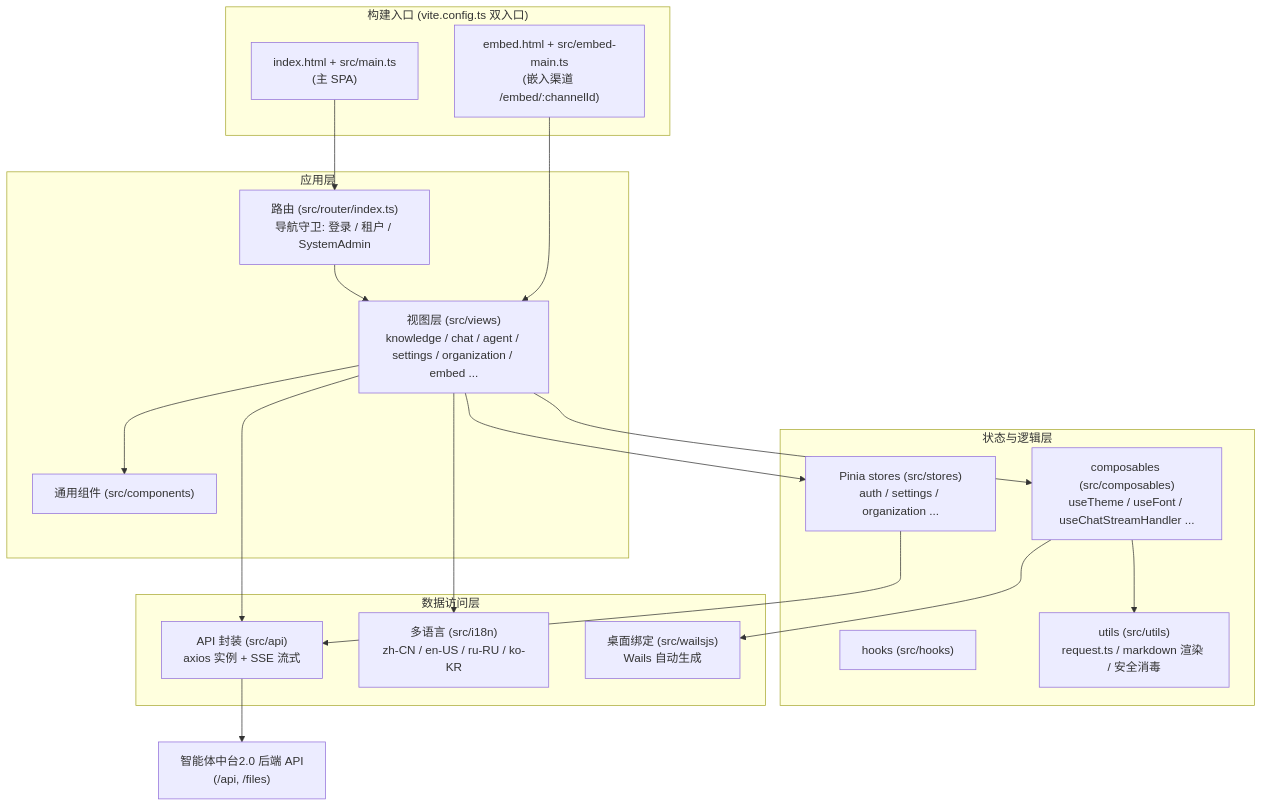
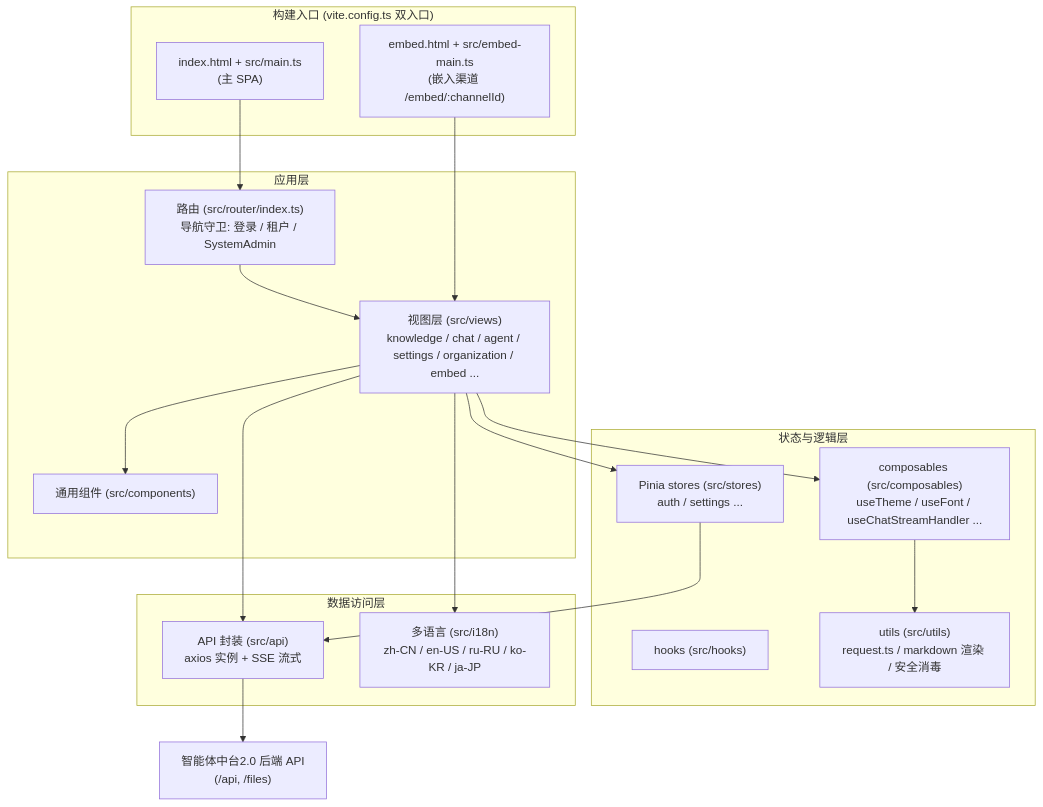
The diagram in apps/docs/05-clients/01-frontend.md (qinlei131479/WeKnora), drawn with Mermaid before and after one commit. The commit also changed other lines of this file and 66 other files, not shown here.

````diff
--- a/apps/docs/05-clients/01-frontend.md
+++ b/apps/docs/05-clients/01-frontend.md
@@ -38,40 +37,38 @@
 ```mermaid
 flowchart TB
     subgraph entries["构建入口 (vite.config.ts 双入口)"]
         MAIN["index.html + src/main.ts<br/>(主 SPA)"]
         EMBED["embed.html + src/embed-main.ts<br/>(嵌入渠道 /embed/:channelId)"]
     end
 
     subgraph app["应用层"]
         ROUTER["路由 (src/router/index.ts)<br/>导航守卫: 登录 / 租户 / SystemAdmin"]
         VIEWS["视图层 (src/views)<br/>knowledge / chat / agent / settings / organization / embed ..."]
         COMP["通用组件 (src/components)"]
     end
 
     subgraph state["状态与逻辑层"]
-        STORES["Pinia stores (src/stores)<br/>auth / settings / organization ..."]
+        STORES["Pinia stores (src/stores)<br/>auth / settings ..."]
         COMPOSABLES["composables (src/composables)<br/>useTheme / useFont / useChatStreamHandler ..."]
         HOOKS["hooks (src/hooks)"]
         UTILS["utils (src/utils)<br/>request.ts / markdown 渲染 / 安全消毒"]
     end
 
     subgraph io["数据访问层"]
         API["API 封装 (src/api)<br/>axios 实例 + SSE 流式"]
-        I18N["多语言 (src/i18n)<br/>zh-CN / en-US / ru-RU / ko-KR"]
-        WAILS["桌面绑定 (src/wailsjs)<br/>Wails 自动生成"]
+        I18N["多语言 (src/i18n)<br/>zh-CN / en-US / ru-RU / ko-KR / ja-JP"]
     end
 
     BACKEND["智能体中台2.0 后端 API<br/>(/api, /files)"]
 
     MAIN --> ROUTER --> VIEWS
     EMBED --> VIEWS
     VIEWS --> COMP
     VIEWS --> STORES
     VIEWS --> COMPOSABLES
     COMPOSABLES --> UTILS
     STORES --> API
     VIEWS --> API
     API --> BACKEND
     VIEWS --> I18N
-    COMPOSABLES --> WAILS
 ```
````
